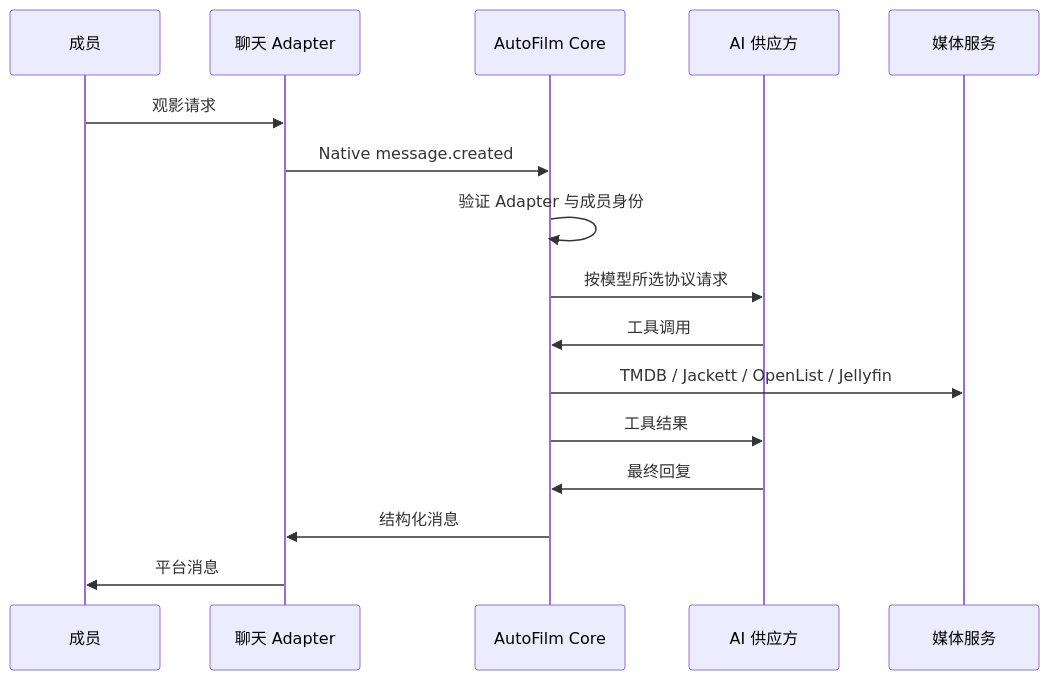
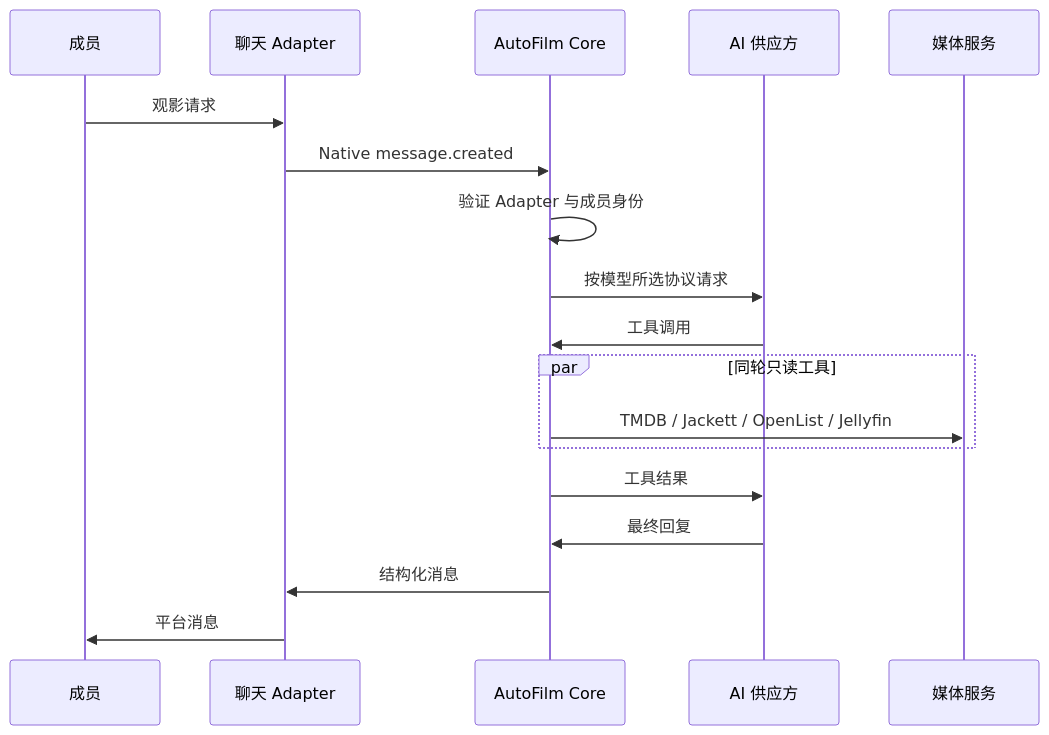
The diagram in docs/architecture.md (ahaduoduoduo/autofilm-core), drawn with Mermaid before and after one commit. The commit also changed other lines of this file and 120 other files, not shown here.

````diff
--- a/docs/architecture.md
+++ b/docs/architecture.md
@@ -20,19 +21,21 @@
 ```mermaid
 sequenceDiagram
     participant U as 成员
     participant A as 聊天 Adapter
     participant C as AutoFilm Core
     participant P as AI 供应方
     participant M as 媒体服务
 
     U->>A: 观影请求
     A->>C: Native message.created
     C->>C: 验证 Adapter 与成员身份
     C->>P: 按模型所选协议请求
     P->>C: 工具调用
-    C->>M: TMDB / Jackett / OpenList / Jellyfin
+    par 同轮只读工具
+        C->>M: TMDB / Jackett / OpenList / Jellyfin
+    end
     C->>P: 工具结果
     P->>C: 最终回复
     C->>A: 结构化消息
     A->>U: 平台消息
 ```
````
